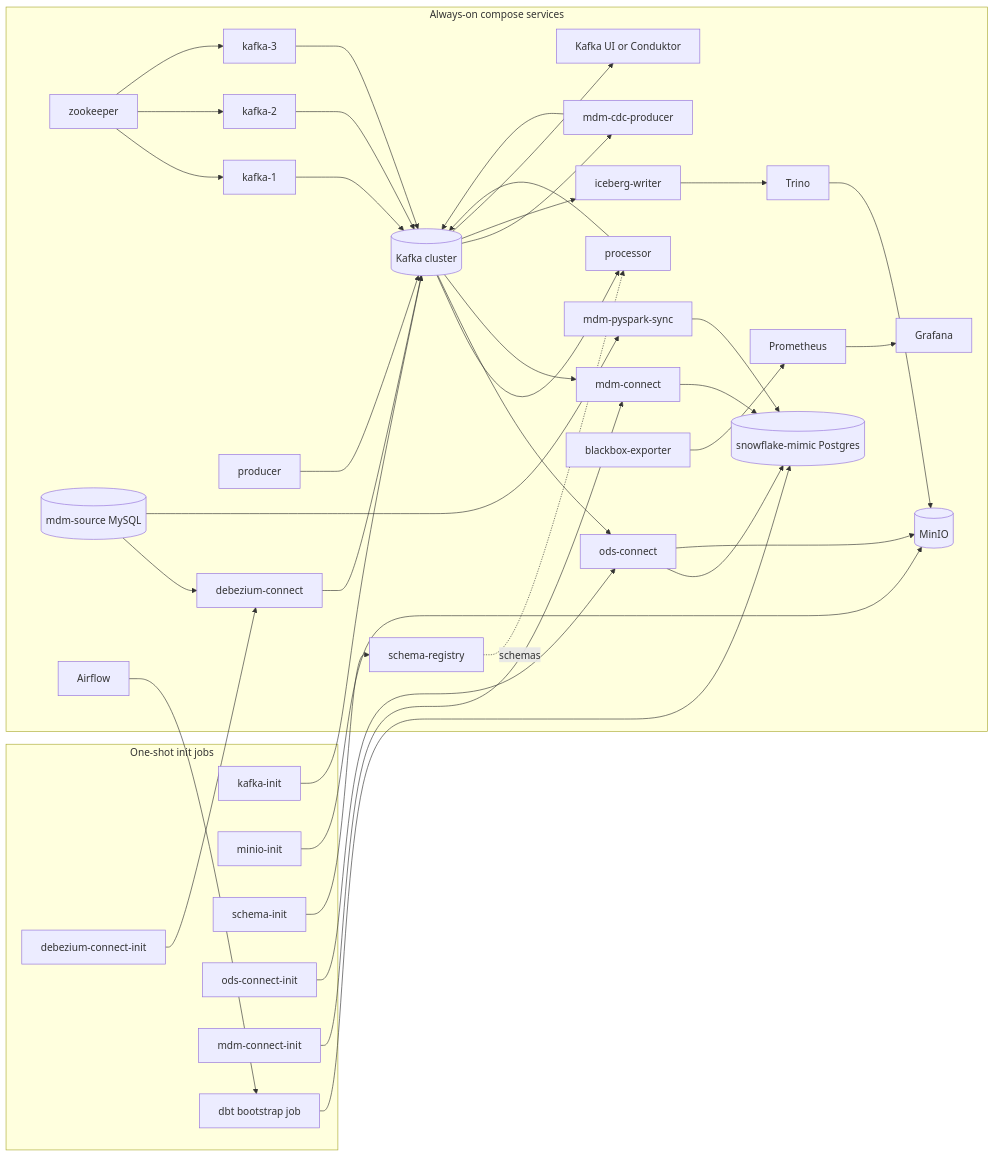
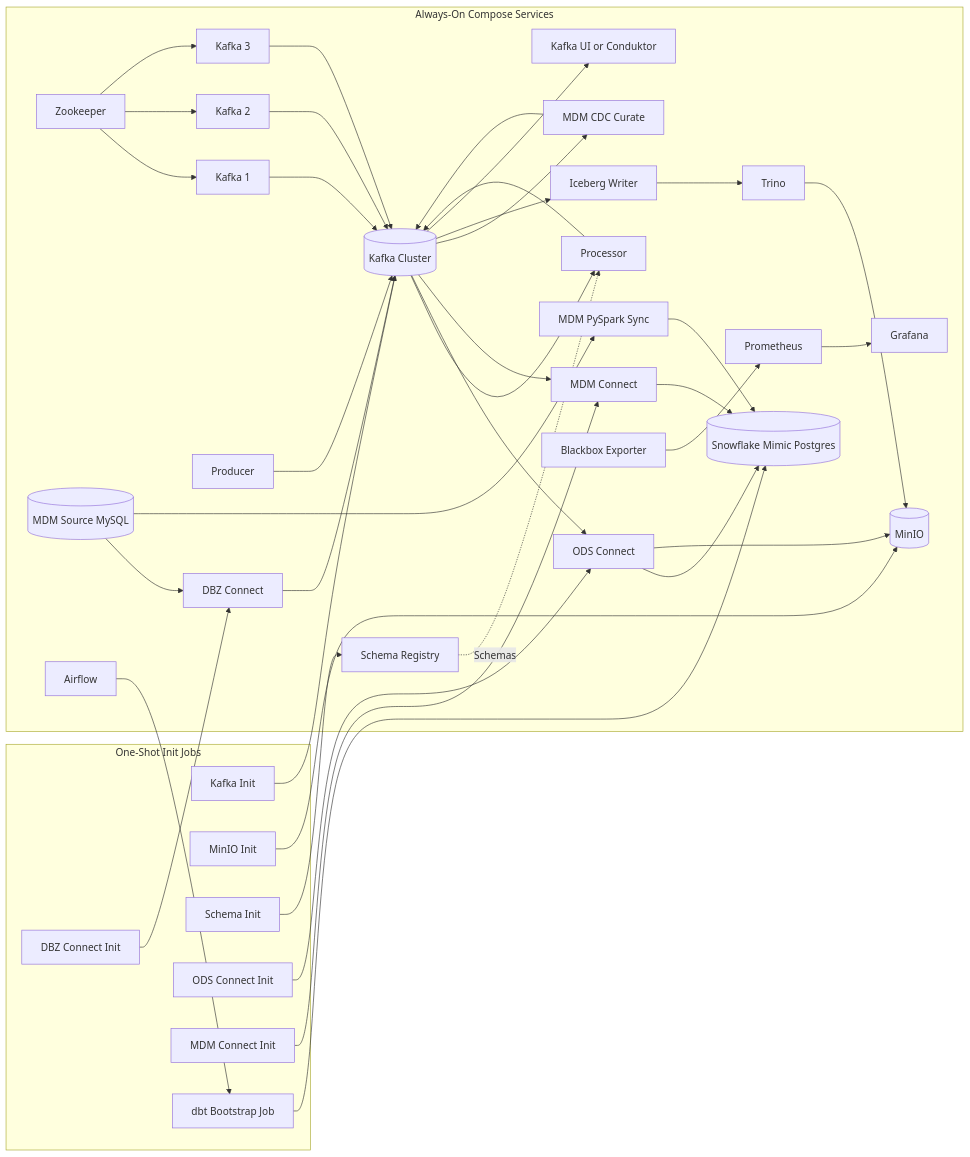
Before and after one commit to paulchen8206/Full-Stack-Modern-Data-Architecture-and-Engineering: the sixth of 9 diagrams in docs/architecture.md, drawn with Mermaid. The commit also changed other lines of this file and 122 other files, not shown here.

````diff
--- a/docs/architecture.md
+++ b/docs/architecture.md
@@ -619,81 +619,81 @@
 ```mermaid
 flowchart LR
-  subgraph Init[One-shot init jobs]
-    KI[kafka-init]
-    MI[minio-init]
-    SI[schema-init]
-    OI[ods-connect-init]
-    DI[debezium-connect-init]
-    MCI[mdm-connect-init]
-    DBTJ[dbt bootstrap job]
+  subgraph Init[One-Shot Init Jobs]
+    KI[Kafka Init]
+    MI[MinIO Init]
+    SI[Schema Init]
+    OI[ODS Connect Init]
+    DI[DBZ Connect Init]
+    MCI[MDM Connect Init]
+    DBTJ[dbt Bootstrap Job]
   end
 
-  subgraph Core[Always-on compose services]
-    ZK[zookeeper]
-    K1[kafka-1]
-    K2[kafka-2]
-    K3[kafka-3]
-    K[(Kafka cluster)]
-    SR[schema-registry]
-    PR[producer]
-    PROC[processor]
-    ODS[ods-connect]
-    DBZ[debezium-connect]
-    MDMK[mdm-connect]
-    MCP[mdm-cdc-producer]
-    SP[mdm-pyspark-sync]
-    MDM[(mdm-source MySQL)]
-    PG[(snowflake-mimic Postgres)]
+  subgraph Core[Always-On Compose Services]
+    ZK[Zookeeper]
+    K1[Kafka 1]
+    K2[Kafka 2]
+    K3[Kafka 3]
+    K[(Kafka Cluster)]
+    SR[Schema Registry]
+    PR[Producer]
+    PROC[Processor]
+    ODS[ODS Connect]
+    DBZ[DBZ Connect]
+    MDMK[MDM Connect]
+    MCP[MDM CDC Curate]
+    SP[MDM PySpark Sync]
+    MDM[(MDM Source MySQL)]
+    PG[(Snowflake Mimic Postgres)]
     MINIO[(MinIO)]
     TRINO[Trino]
-    IW[iceberg-writer]
+    IW[Iceberg Writer]
     AF[Airflow]
     PROM[Prometheus]
-    BBX[blackbox-exporter]
+    BBX[Blackbox Exporter]
     GRAF[Grafana]
     KUI[Kafka UI or Conduktor]
   end
 
   ZK --> K1
   ZK --> K2
   ZK --> K3
   K1 --> K
   K2 --> K
   K3 --> K
 
   KI --> K
   SI --> SR
   MI --> MINIO
   OI --> ODS
   DI --> DBZ
   MCI --> MDMK
 
   PR --> K
   K --> PROC
   PROC --> K
-  SR -.schemas.-> PROC
+  SR -.Schemas.-> PROC
 
   K --> ODS
   K --> MDMK
   MDM --> DBZ
   DBZ --> K
   K --> MCP
   MCP --> K
 
   ODS --> PG
   ODS --> MINIO
   MDMK --> PG
   MDM --> SP
   SP --> PG
 
   K --> IW
   IW --> TRINO
   TRINO --> MINIO
 
   DBTJ --> PG
   AF --> DBTJ
 
   BBX --> PROM
   PROM --> GRAF
   K --> KUI
 ```
````
